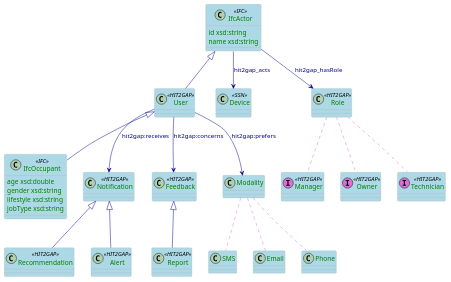
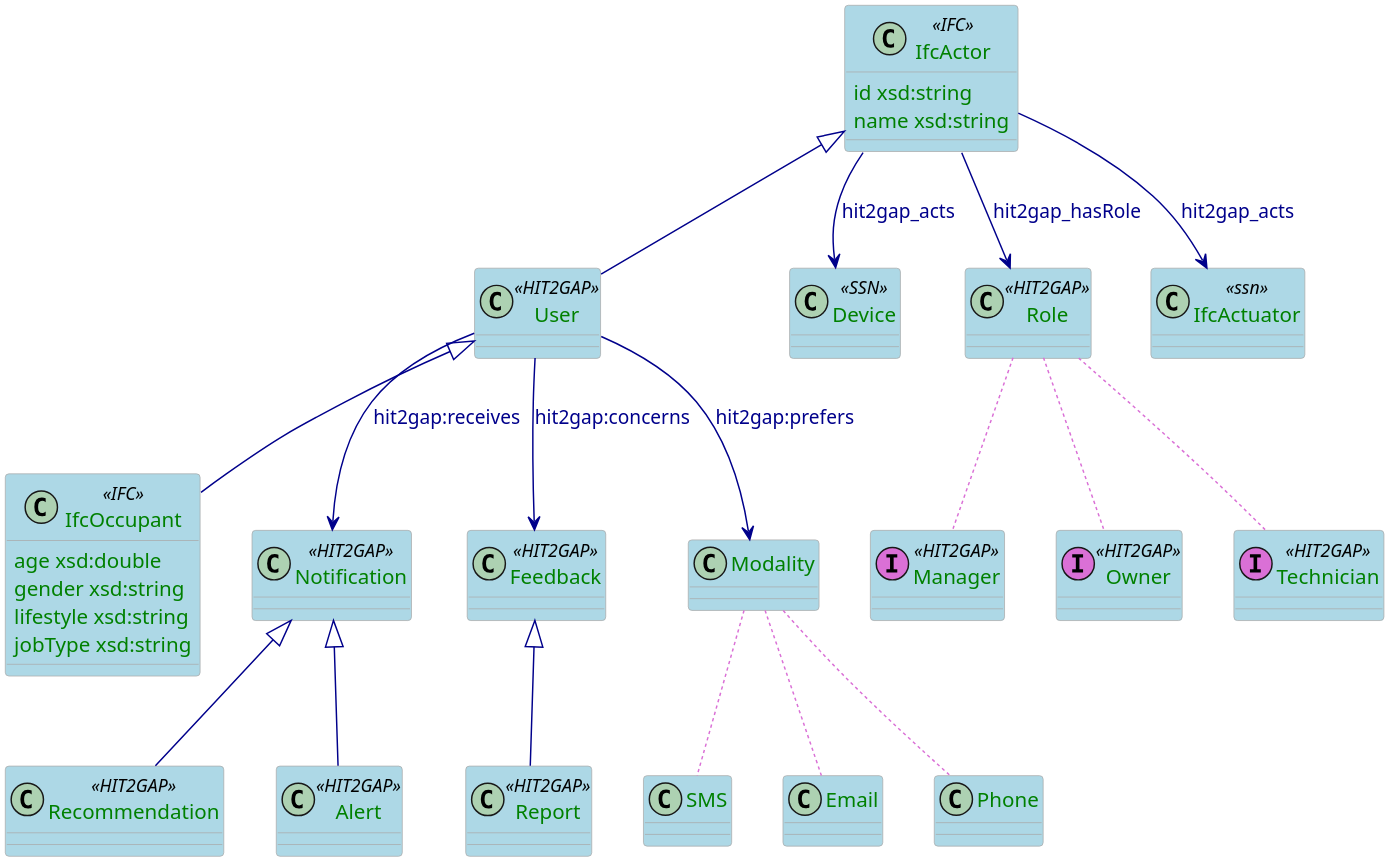
The diagram in plantuml/OccupantSpecificModel.puml (HIT2GAP-EU-PROJECT/BEMOnt), drawn with PlantUML before and after one commit. The commit also changed 29 other files, not shown here.

```diff
--- a/plantuml/OccupantSpecificModel.puml
+++ b/plantuml/OccupantSpecificModel.puml
@@ -1,87 +1,90 @@
 @startuml
 skinparam class {
   ArrowColor DarkBlue
   ArrowFontColor DarkBlue
   BackgroundColor LightBlue
   BorderColor DarkGrey
 }
+skinparam dpi 300
 skinparam stereotypeCBackgroundColor Wheat
 skinparam classAttributeFontColor  Green
 
 class IfcActor <<IFC>> {
   id xsd:string
   name xsd:string
 }
 
 class IfcOccupant <<IFC>>{
   age xsd:double
   gender xsd:string
   lifestyle xsd:string
   jobType xsd:string
 }
 
 class User <<HIT2GAP>>{
 
 }
 
 class Notification <<HIT2GAP>>{
 
 }
 
 class Report <<HIT2GAP>>{
 
 }
 
 class Recommendation <<HIT2GAP>>{
 
 }
 
 class Feedback <<HIT2GAP>>{
 
 }
 
 class Alert <<HIT2GAP>>{
 
 }
 class Device <<SSN>>{
 
 }
 
 class Role <<HIT2GAP>>{
 
 }
 class Manager <<(I,orchid) HIT2GAP>>{
 
 }
 class Owner <<(I,orchid) HIT2GAP>>{
 
 }
 class Technician <<(I,orchid) HIT2GAP>>{
 
 }
+class IfcActuator<<ssn>>
 
 IfcActor <|-- User
 IfcActor--> Role: hit2gap_hasRole
 IfcActor --> Device:hit2gap_acts
+IfcActor --> IfcActuator:hit2gap_acts
 
 Role ..[#orchid] Manager
 Role ..[#orchid] Owner
 Role ..[#orchid] Technician
 User <|-- IfcOccupant
 
 /'
 Description of Feedback and Reporting
 '/
 
 Feedback <|-- Report
 Notification <|-- Alert
 Notification <|-- Recommendation
 User --> Modality: hit2gap:prefers
 Modality ..[#orchid] SMS
 Modality ..[#orchid] Email
 Modality ..[#orchid] Phone
 
 User --> Notification:hit2gap:receives
 User --> Feedback:hit2gap:concerns
 
 @enduml
```
